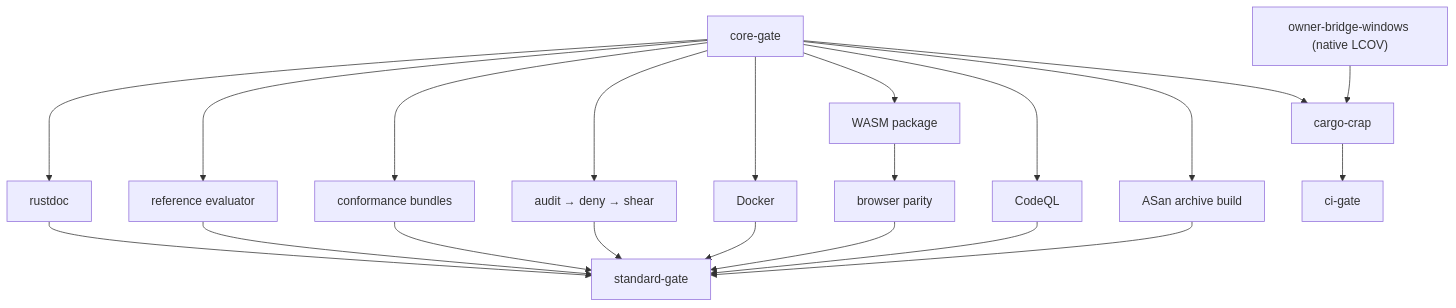
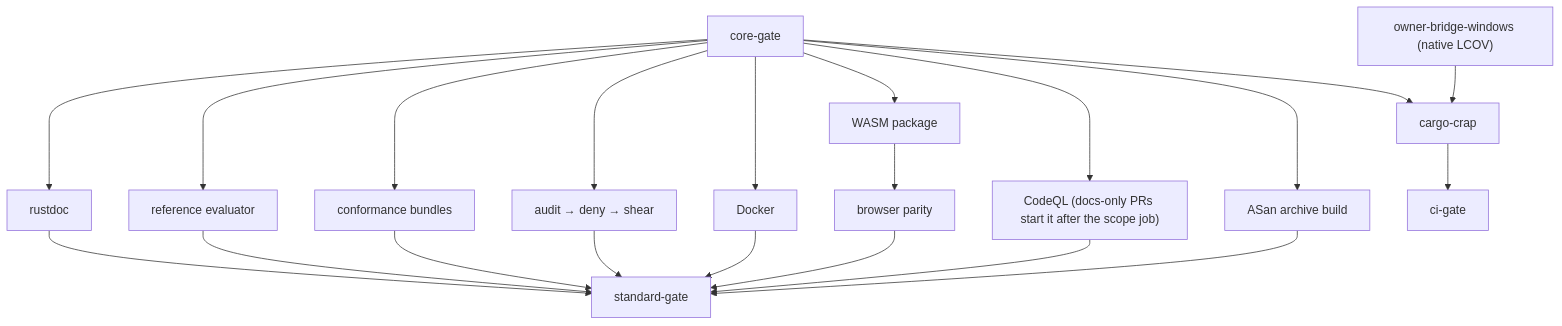
The eighth of 14 diagrams in CONTRIBUTING.md (arceushui/pigloros), drawn with Mermaid before and after one commit. The commit also changed other lines of this file and 4 other files, not shown here.

First line of the commit message:
ci: tidy Windows-scope resolver and keep CodeQL docs-only behaviour (#535)

````diff
--- a/CONTRIBUTING.md
+++ b/CONTRIBUTING.md
@@ -253,23 +254,23 @@
 ```mermaid
 flowchart TD
     CG["core-gate"] --> D["rustdoc"]
     CG --> E["reference evaluator"]
     CG --> B["conformance bundles"]
     CG --> P["audit → deny → shear"]
     CG --> X["Docker"]
     CG --> W["WASM package"]
-    CG --> Q["CodeQL"]
+    CG --> Q["CodeQL (docs-only PRs start it after the scope job)"]
     CG --> AB["ASan archive build"]
     CG --> CR["cargo-crap"]
     OW["owner-bridge-windows (native LCOV)"] --> CR
     CR --> CI["ci-gate"]
     W --> BP["browser parity"]
     D --> G["standard-gate"]
     E --> G
     B --> G
     P --> G
     X --> G
     Q --> G
     BP --> G
     AB --> G
 ```
````
